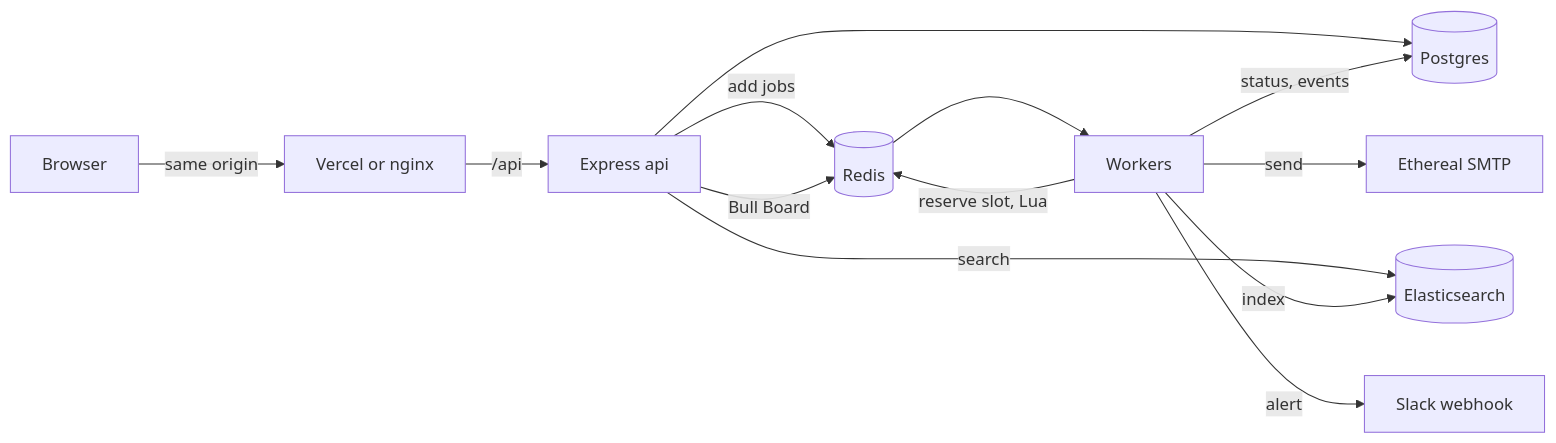
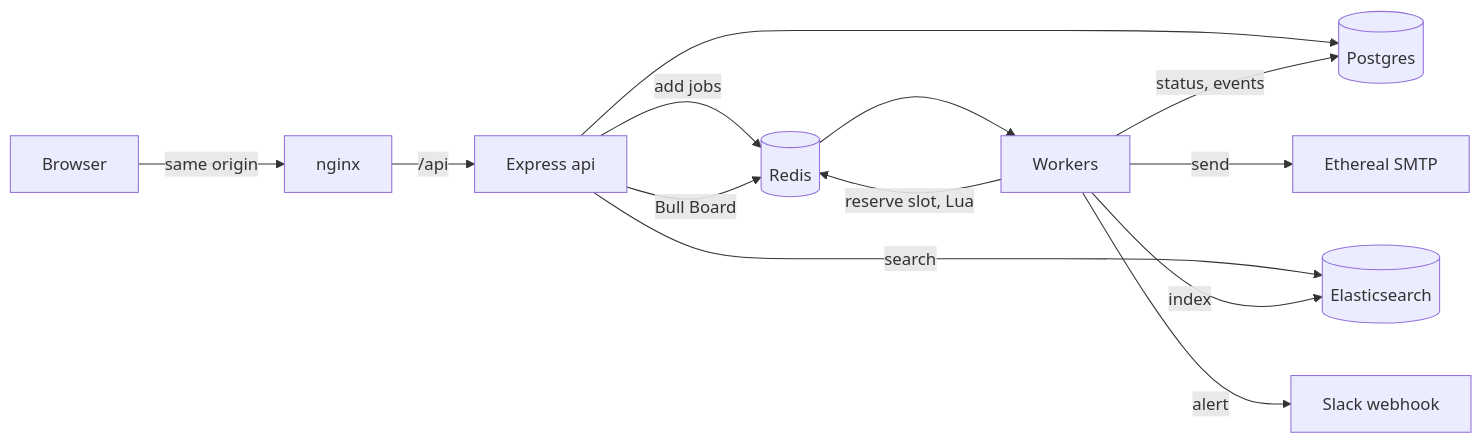
The first of 4 diagrams in docs/architecture.md (dhruv-ship-it/email-scheduler), drawn with Mermaid before and after one commit. The commit also changed other lines of this file and 8 other files, not shown here.

````diff
--- a/docs/architecture.md
+++ b/docs/architecture.md
@@ -5,15 +5,15 @@
 ```mermaid
 flowchart LR
-  Browser[Browser] -->|same origin| Edge[Vercel or nginx]
+  Browser[Browser] -->|same origin| Edge[nginx]
   Edge -->|/api| API[Express api]
   API --> PG[(Postgres)]
   API -->|add jobs| Redis[(Redis)]
   API -->|search| ES[(Elasticsearch)]
   API -->|Bull Board| Redis
   Redis --> Worker[Workers]
   Worker -->|reserve slot, Lua| Redis
   Worker -->|status, events| PG
   Worker -->|send| SMTP[Ethereal SMTP]
   Worker -->|index| ES
   Worker -->|alert| Slack[Slack webhook]
 ```
````
